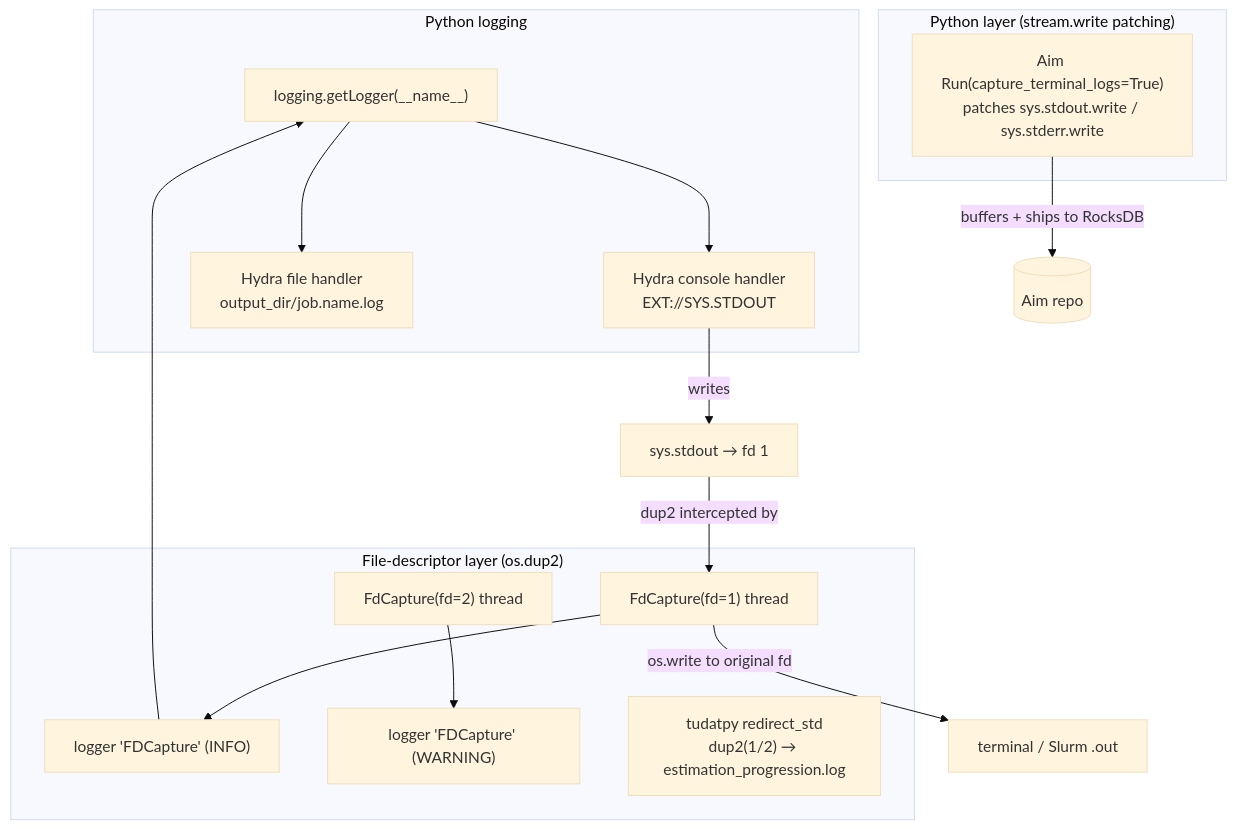
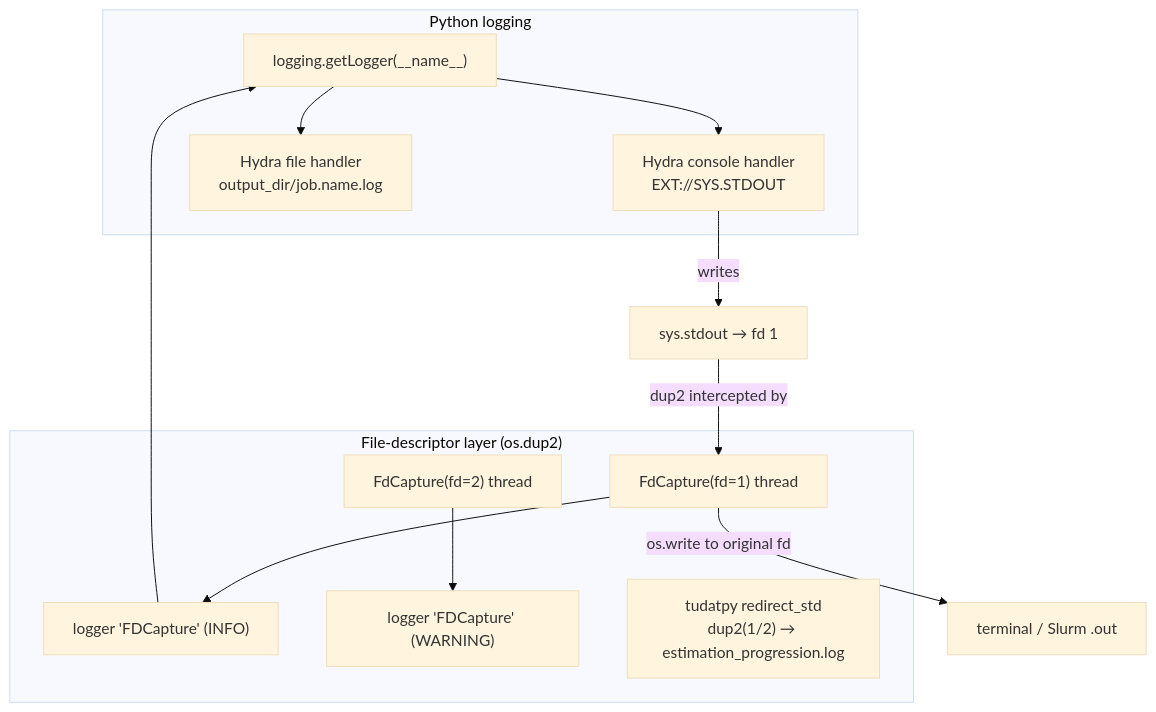
One commit to PascalChristiaanse/NeptuneOD changed the first of 4 diagrams in docs/LOGGING_ARCHITECTURE_REPORT.md. Above: the diagram before and after it, drawn with Mermaid (base theme). The commit also changed other lines of this file and 31 other files, not shown here.

````diff
--- a/docs/LOGGING_ARCHITECTURE_REPORT.md
+++ b/docs/LOGGING_ARCHITECTURE_REPORT.md
@@ -46,23 +42,18 @@
 ```mermaid
 graph TD
-    subgraph "Python layer (stream.write patching)"
-        A["Aim Run(capture_terminal_logs=True)<br/>patches sys.stdout.write / sys.stderr.write"]
-    end
-
     subgraph "Python logging"
         L["logging.getLogger(__name__)"] --> H1["Hydra console handler<br/>EXT://SYS.STDOUT"]
         L --> H2["Hydra file handler<br/>output_dir/job.name.log"]
     end
 
     subgraph "File-descriptor layer (os.dup2)"
         F1["FdCapture(fd=1) thread"] --> L2["logger 'FDCapture' (INFO)"]
         F2["FdCapture(fd=2) thread"] --> L3["logger 'FDCapture' (WARNING)"]
         R["tudatpy redirect_std<br/>dup2(1/2) → estimation_progression.log"]
     end
 
     H1 -->|writes| SO["sys.stdout → fd 1"]
     SO -->|dup2 intercepted by| F1
     F1 -->|os.write to original fd| TERM["terminal / Slurm .out"]
     L2 --> L
-    A -->|buffers + ships to RocksDB| AIM[("Aim repo")]
 ```
````
